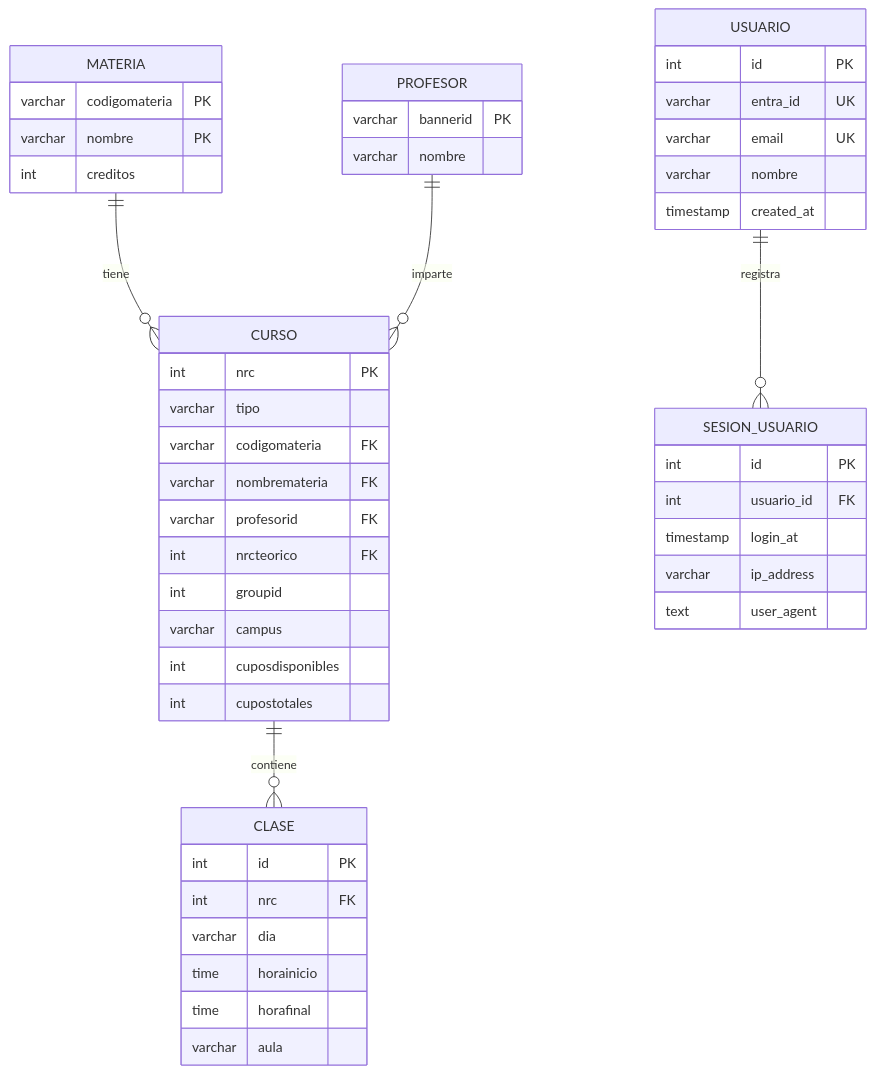
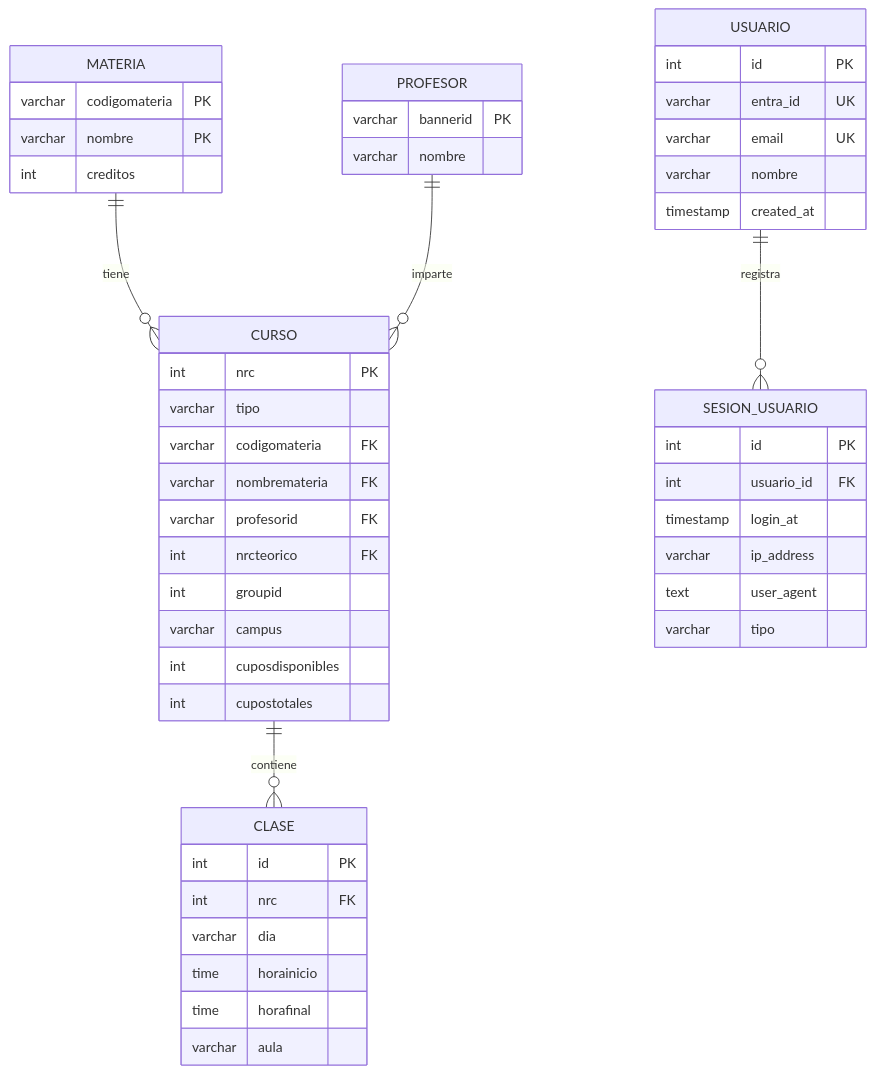
The first of 2 diagrams in docs/modelo_datos.md (ISCOUTB/DH-ScheduleGeneratorUTB), drawn with Mermaid before and after one commit. The commit also changed other lines of this file and 4 other files, not shown here.

````diff
--- a/docs/modelo_datos.md
+++ b/docs/modelo_datos.md
@@ -14,57 +14,58 @@
 ```mermaid
 erDiagram
     MATERIA ||--o{ CURSO : tiene
     PROFESOR ||--o{ CURSO : imparte
     CURSO ||--o{ CLASE : contiene
 
     MATERIA {
         varchar codigomateria PK
         varchar nombre PK
         int creditos
     }
 
     CURSO {
         int nrc PK
         varchar tipo
         varchar codigomateria FK
         varchar nombremateria FK
         varchar profesorid FK
         int nrcteorico FK
         int groupid
         varchar campus
         int cuposdisponibles
         int cupostotales
     }
 
     CLASE {
         int id PK
         int nrc FK
         varchar dia
         time horainicio
         time horafinal
         varchar aula
     }
 
     PROFESOR {
         varchar bannerid PK
         varchar nombre
     }
 
     USUARIO {
         int id PK
         varchar entra_id UK
         varchar email UK
         varchar nombre
         timestamp created_at
     }
 
     USUARIO ||--o{ SESION_USUARIO : registra
 
     SESION_USUARIO {
         int id PK
         int usuario_id FK
         timestamp login_at
         varchar ip_address
         text user_agent
+        varchar tipo
     }
 ```
````
